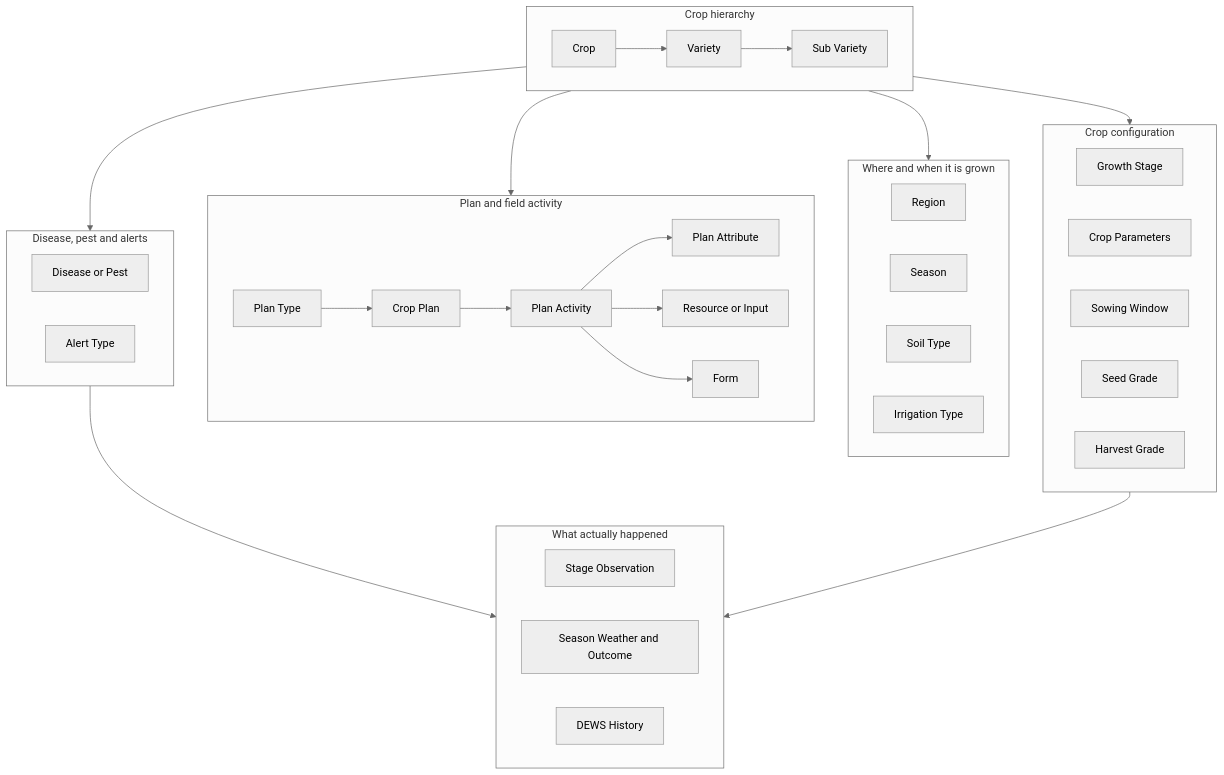
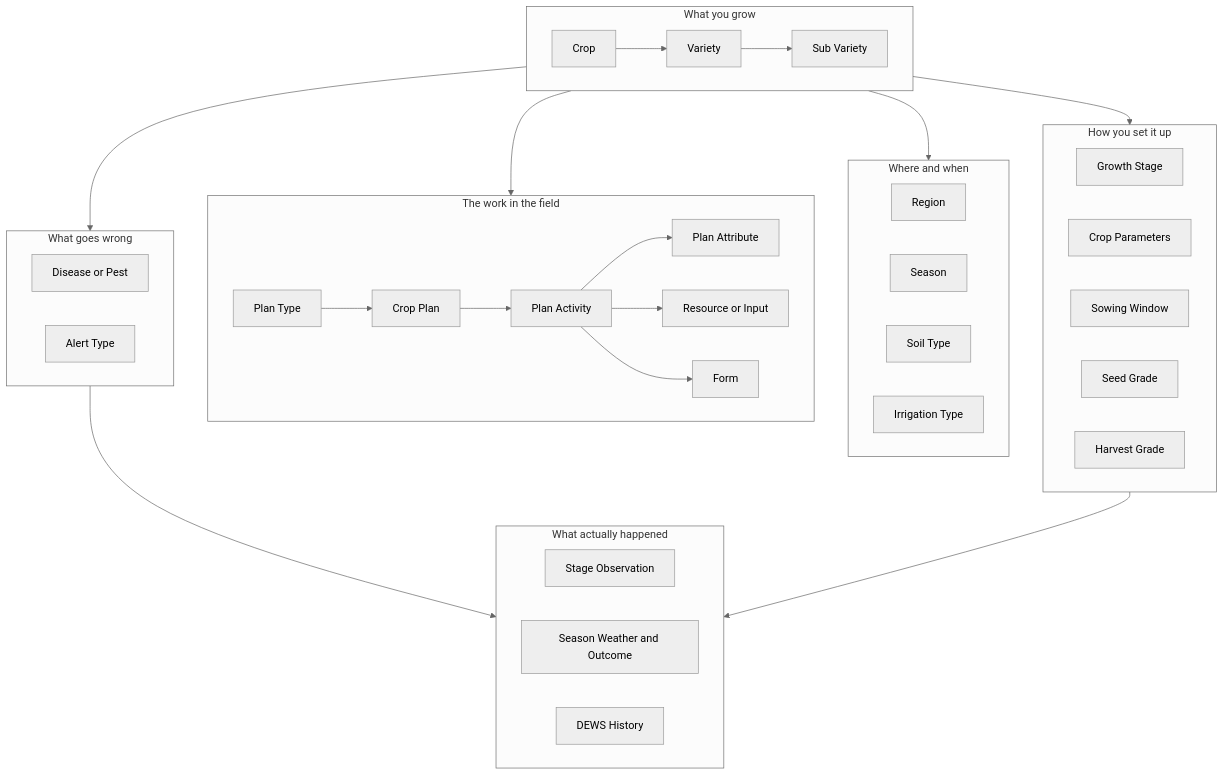
The fifth of 10 diagrams in docs/HOW-IT-WORKS.md (Prakhar-30/cropin-knowledge-graph), drawn with Mermaid (neutral theme) before and after one commit. The commit also changed other lines of this file and 21 other files, not shown here.

````diff
--- a/docs/HOW-IT-WORKS.md
+++ b/docs/HOW-IT-WORKS.md
@@ -358,46 +391,46 @@
 ```mermaid
 flowchart TB
-  subgraph L1["Crop hierarchy"]
+  subgraph L1["What you grow"]
     direction LR
     a1[Crop] --> a2[Variety] --> a3[Sub Variety]
   end
-  subgraph L2["Crop configuration"]
+  subgraph L2["How you set it up"]
     direction LR
     b1[Growth Stage]
     b2[Crop Parameters]
     b3[Sowing Window]
     b4[Seed Grade]
     b5[Harvest Grade]
   end
-  subgraph L3["Where and when it is grown"]
+  subgraph L3["Where and when"]
     direction LR
     c1[Region]
     c2[Season]
     c3[Soil Type]
     c4[Irrigation Type]
   end
-  subgraph L4["Plan and field activity"]
+  subgraph L4["The work in the field"]
     direction LR
     d1[Plan Type] --> d2[Crop Plan] --> d3[Plan Activity]
     d3 --> d4[Plan Attribute]
     d3 --> d5[Resource or Input]
     d3 --> d6[Form]
   end
-  subgraph L5["Disease, pest and alerts"]
+  subgraph L5["What goes wrong"]
     direction LR
     e1[Disease or Pest]
     e2[Alert Type]
   end
   subgraph L6["What actually happened"]
     direction LR
     f1[Stage Observation]
     f2[Season Weather and Outcome]
     f3[DEWS History]
   end
   L1 --> L2
   L1 --> L3
   L1 --> L4
   L1 --> L5
   L5 --> L6
   L2 --> L6
 ```
````
